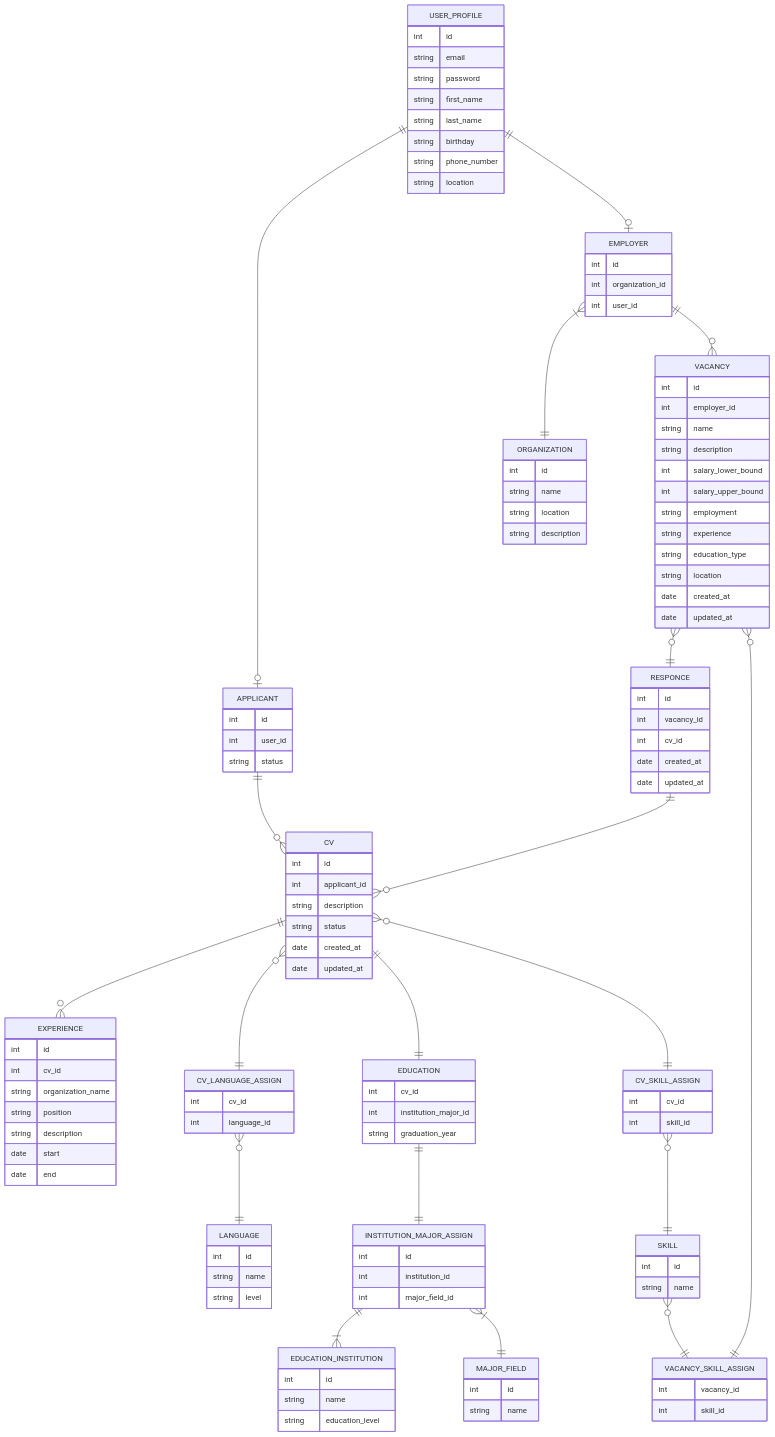
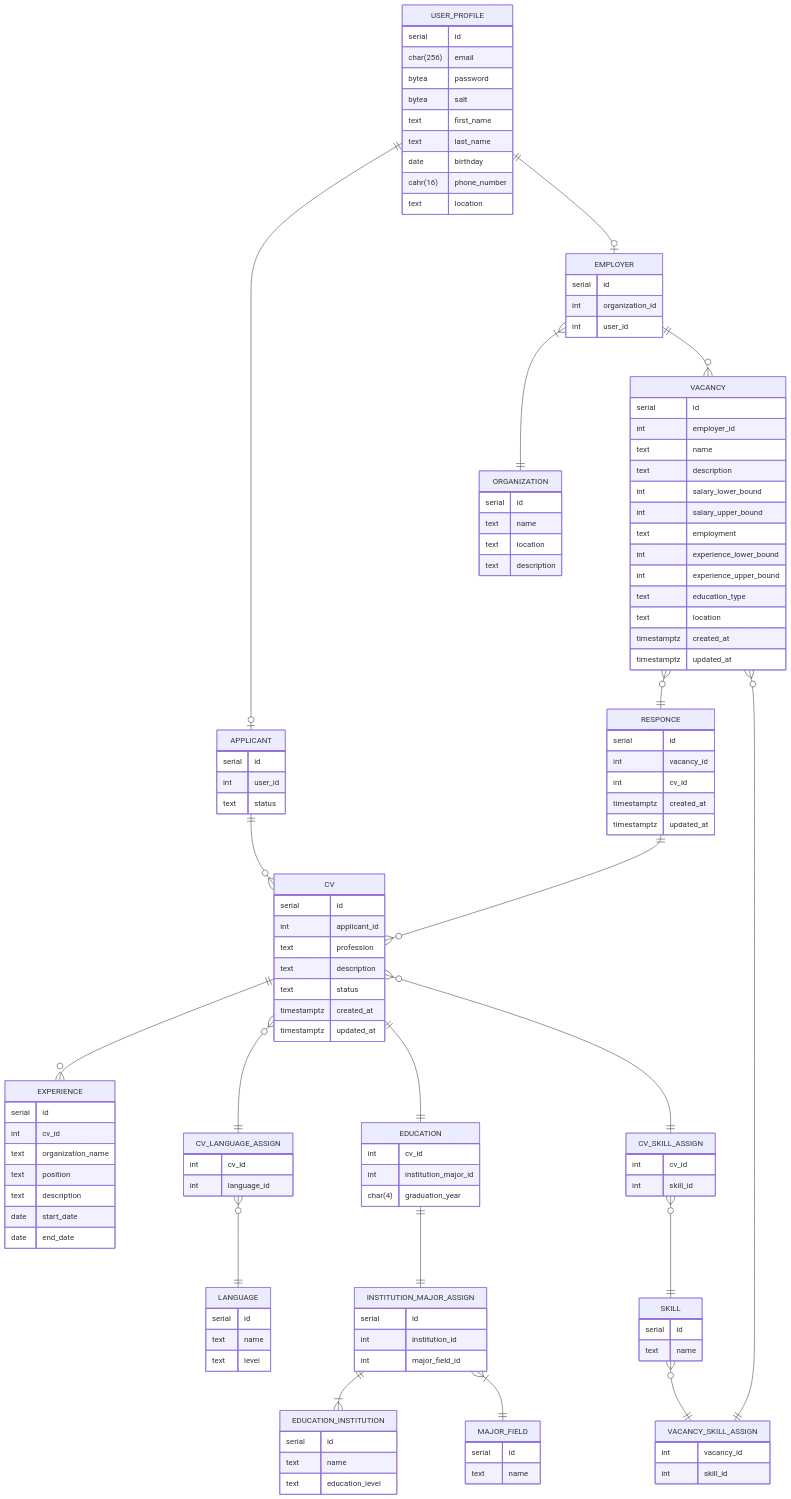
One commit to go-park-mail-ru/2023_2_VIVE changed the diagram in db/normalized/relations.md. Above: the diagram before and after it, drawn with Mermaid. The commit also changed other lines of this file and 1 other file, not shown here.

Commit message:
Обновить ER диаграмму, согласно новым типам данных

````diff
--- a/db/normalized/relations.md
+++ b/db/normalized/relations.md
@@ -7,45 +7,47 @@
 ```mermaid
 erDiagram
     USER_PROFILE {
-        int id
-        string email
-        string password
-        string first_name
-        string last_name
-        string birthday
-        string phone_number
-        string location
+        serial id
+        char(256) email
+        bytea password
+        bytea salt
+        text first_name
+        text last_name
+        date birthday
+        cahr(16) phone_number
+        text location
     }
 
     EMPLOYER {
-        int id
+        serial id
         int organization_id
         int user_id
     }
 
     APPLICANT {
-        int id
+        serial id
         int user_id
-        string status
+        text status
     }
 
     CV{
-        int id
+        serial id
         int applicant_id
-        string description
-        string status
-        date created_at
-        date updated_at
+        text profession
+        text description
+        text status
+        timestamptz created_at
+        timestamptz updated_at
     }
 
     EXPERIENCE {
-        int id
+        serial id
         int cv_id
-        string organization_name
-        string position
-        string description
-        date start
-        date end
+        text organization_name
+        text position
+        text description
+        date start_date
+        date end_date
     }
 
     CV_LANGUAGE_ASSIGN {
@@ -54,14 +56,14 @@
     }
 
     LANGUAGE{
-        int id
-        string name
-        string level
+        serial id
+        text name
+        text level
     }
 
     SKILL{
-        int id
-        string name
+        serial id
+        text name
     }
 
     CV_SKILL_ASSIGN {
@@ -77,54 +79,55 @@
     EDUCATION {
         int cv_id
         int institution_major_id
-        string graduation_year
+        char(4) graduation_year
     }
 
     EDUCATION_INSTITUTION {
-        int id
-        string name
-        string education_level
+        serial id
+        text name
+        text education_level
     }
 
     MAJOR_FIELD {
-        int id
-        string name
+        serial id
+        text name
     }
 
     INSTITUTION_MAJOR_ASSIGN {
-        int id
+        serial id
         int institution_id
         int major_field_id
     }
 
     VACANCY{
-        int id
+        serial id
         int employer_id
-        string name
-        string description
+        text name
+        text description
         int salary_lower_bound
         int salary_upper_bound
-        string employment
-        string experience
-        string education_type
-        string location
-        date created_at
-        date updated_at
+        text employment
+        int experience_lower_bound
+        int experience_upper_bound
+        text education_type
+        text location
+        timestamptz created_at
+        timestamptz updated_at
     }
 
     RESPONCE {
-        int id
+        serial id
         int vacancy_id
         int cv_id
-        date created_at
-        date updated_at
+        timestamptz created_at
+        timestamptz updated_at
     }
 
     ORGANIZATION{
-        int id
-        string name
-        string location
-        string description
+        serial id
+        text name
+        text location
+        text description
     }
 
     EMPLOYER }|--|| ORGANIZATION : ""
````
